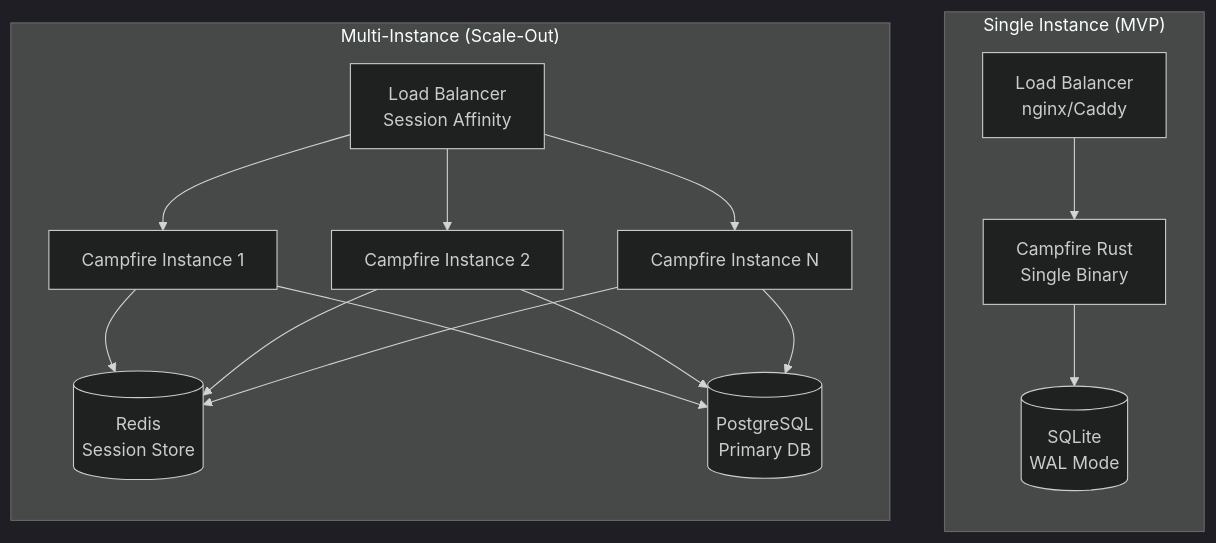
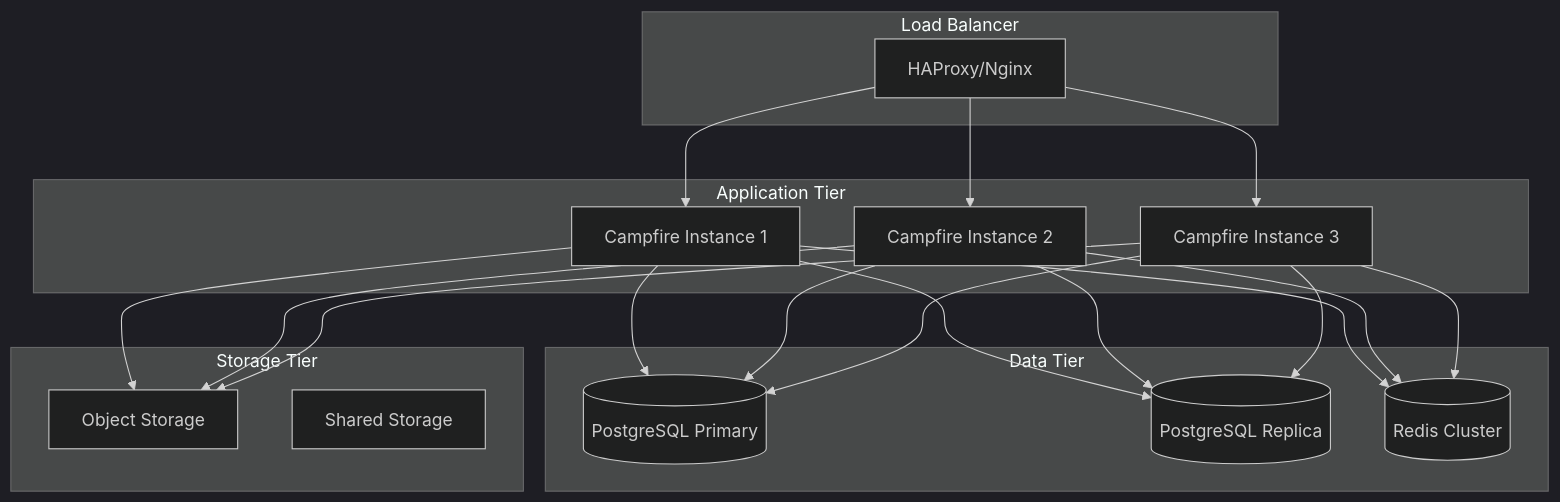
Before and after one commit to that-in-rust/campfire-on-rust: the diagram in docs/scaling-guide.md, drawn with Mermaid (dark theme). The commit also changed other lines of this file and 34 other files, not shown here.

````diff
--- a/docs/scaling-guide.md
+++ b/docs/scaling-guide.md
@@ -17,32 +122,43 @@
 ```mermaid
-graph TD
-    subgraph "Single Instance (MVP)"
-        direction TB
-        LB1[Load Balancer<br/>nginx/Caddy]
-        APP1[Campfire Rust<br/>Single Binary]
-        DB1[(SQLite<br/>WAL Mode)]
-        
-        LB1 --> APP1
-        APP1 --> DB1
+graph TB
+    subgraph "Load Balancer"
+        LB[HAProxy/Nginx]
     end
     
-    subgraph "Multi-Instance (Scale-Out)"
-        direction TB
-        LB2[Load Balancer<br/>Session Affinity]
-        APP2[Campfire Instance 1]
-        APP3[Campfire Instance 2]
-        APP4[Campfire Instance N]
-        REDIS[(Redis<br/>Session Store)]
-        PG[(PostgreSQL<br/>Primary DB)]
-        
-        LB2 --> APP2
-        LB2 --> APP3
-        LB2 --> APP4
-        APP2 --> REDIS
-        APP3 --> REDIS
-        APP4 --> REDIS
-        APP2 --> PG
-        APP3 --> PG
-        APP4 --> PG
+    subgraph "Application Tier"
+        APP1[Campfire Instance 1]
+        APP2[Campfire Instance 2]
+        APP3[Campfire Instance 3]
     end
+    
+    subgraph "Data Tier"
+        DB[(PostgreSQL Primary)]
+        DB_REPLICA[(PostgreSQL Replica)]
+        REDIS[(Redis Cluster)]
+    end
+    
+    subgraph "Storage Tier"
+        S3[Object Storage]
+        NFS[Shared Storage]
+    end
+    
+    LB --> APP1
+    LB --> APP2
+    LB --> APP3
+    
+    APP1 --> DB
+    APP2 --> DB
+    APP3 --> DB
+    
+    APP1 --> DB_REPLICA
+    APP2 --> DB_REPLICA
+    APP3 --> DB_REPLICA
+    
+    APP1 --> REDIS
+    APP2 --> REDIS
+    APP3 --> REDIS
+    
+    APP1 --> S3
+    APP2 --> S3
+    APP3 --> S3
 ```
````
